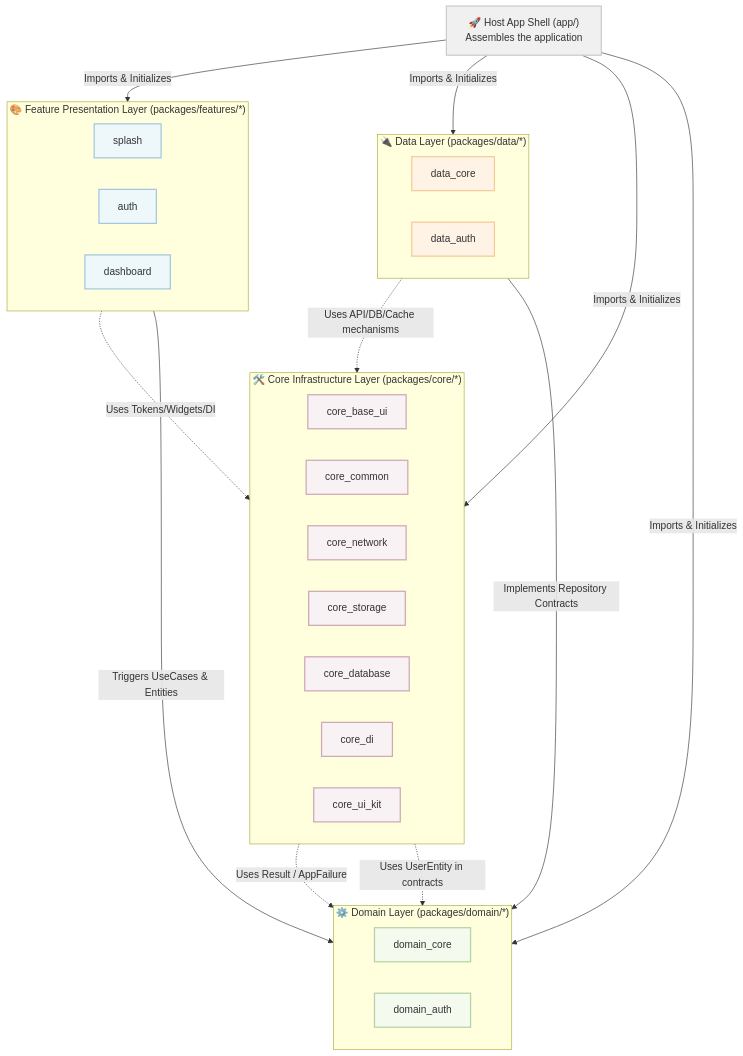
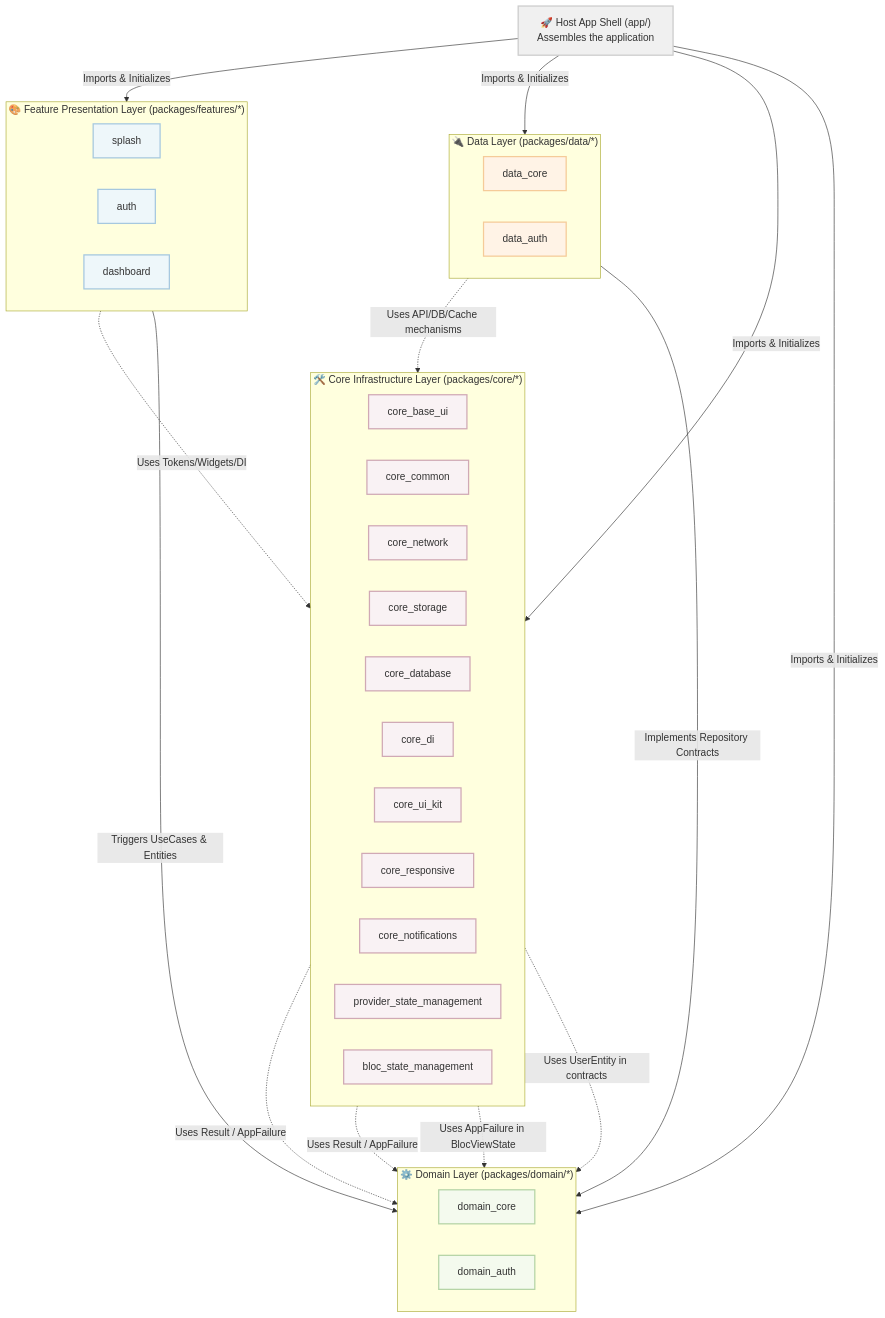
Before and after one commit to CaoGiaHieu-dev/flutter-monorepo-codebase: the diagram in README.md, drawn with Mermaid. The commit also changed other lines of this file and 81 other files, not shown here.

````diff
--- a/README.md
+++ b/README.md
@@ -18,57 +18,63 @@
 ```mermaid
 graph TD
     classDef core fill:#f9f2f4,stroke:#d0a9b5,stroke-width:2px,color:#333;
     classDef feature fill:#eef7fa,stroke:#a6c8df,stroke-width:2px,color:#333;
     classDef domain fill:#f4faee,stroke:#b5d4a6,stroke-width:2px,color:#333;
     classDef data fill:#fff3e6,stroke:#f5cb99,stroke-width:2px,color:#333;
     classDef app fill:#f0f0f0,stroke:#cccccc,stroke-width:2px,color:#333;
 
     App["🚀 Host App Shell (app/)<br/>Assembles the application"]:::app
 
     subgraph FeatureLayer ["🎨 Feature Presentation Layer (packages/features/*)"]
         direction LR
         FeatSplash["splash"]:::feature
         FeatAuth["auth"]:::feature
         FeatDash["dashboard"]:::feature
     end
 
     subgraph DataLayer ["🔌 Data Layer (packages/data/*)"]
         direction LR
         DataCore["data_core"]:::data
         DataAuth["data_auth"]:::data
     end
 
     subgraph DomainLayer ["⚙️ Domain Layer (packages/domain/*)"]
         direction LR
         DomCore["domain_core"]:::domain
         DomAuth["domain_auth"]:::domain
     end
 
     subgraph CoreLayer ["🛠️ Core Infrastructure Layer (packages/core/*)"]
         direction LR
         CoreUI["core_base_ui"]:::core
         CoreCom["core_common"]:::core
         CoreNet["core_network"]:::core
         CoreStore["core_storage"]:::core
         CoreDB["core_database"]:::core
         CoreDI["core_di"]:::core
         CoreKit["core_ui_kit"]:::core
+        CoreResp["core_responsive"]:::core
+        CoreNotif["core_notifications"]:::core
+        CoreProv["provider_state_management"]:::core
+        CoreBloc["bloc_state_management"]:::core
     end
 
     %% Cross-layer Relationships
     App -->|"Imports & Initializes"| FeatureLayer
     App -->|"Imports & Initializes"| DataLayer
     App -->|"Imports & Initializes"| DomainLayer
     App -->|"Imports & Initializes"| CoreLayer
 
     FeatureLayer -->|"Triggers UseCases & Entities"| DomainLayer
     DataLayer -->|"Implements Repository Contracts"| DomainLayer
 
     FeatureLayer -.->|"Uses Tokens/Widgets/DI"| CoreLayer
     DataLayer -.->|"Uses API/DB/Cache mechanisms"| CoreLayer
 
     %% Domain sits at the centre and depends on NOTHING.
     %% Core may depend on Domain — never the reverse.
     CoreCom -.->|"Uses Result / AppFailure"| DomCore
+    CoreProv -.->|"Uses Result / AppFailure"| DomCore
+    CoreBloc -.->|"Uses AppFailure in BlocViewState"| DomCore
     CoreDI -.->|"Uses UserEntity in contracts"| DomAuth
 ```
````
